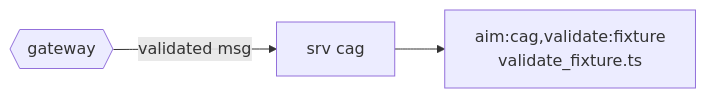
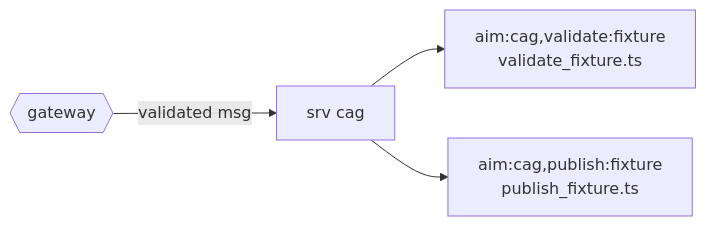
One commit to voxgig/conf-agenda changed the diagram in backend/src/srv/cag/README.md. Above: the diagram before and after it, drawn with Mermaid. The commit also changed other lines of this file and 18 other files, not shown here.

````diff
--- a/backend/src/srv/cag/README.md
+++ b/backend/src/srv/cag/README.md
@@ -18,5 +19,6 @@
 ```mermaid
 flowchart LR
   gateway{{gateway}} -->|validated msg| srv[srv cag]
   srv --> validate_fixture["aim:cag,validate:fixture<br>validate_fixture.ts"]
+  srv --> publish_fixture["aim:cag,publish:fixture<br>publish_fixture.ts"]
 ```
````
